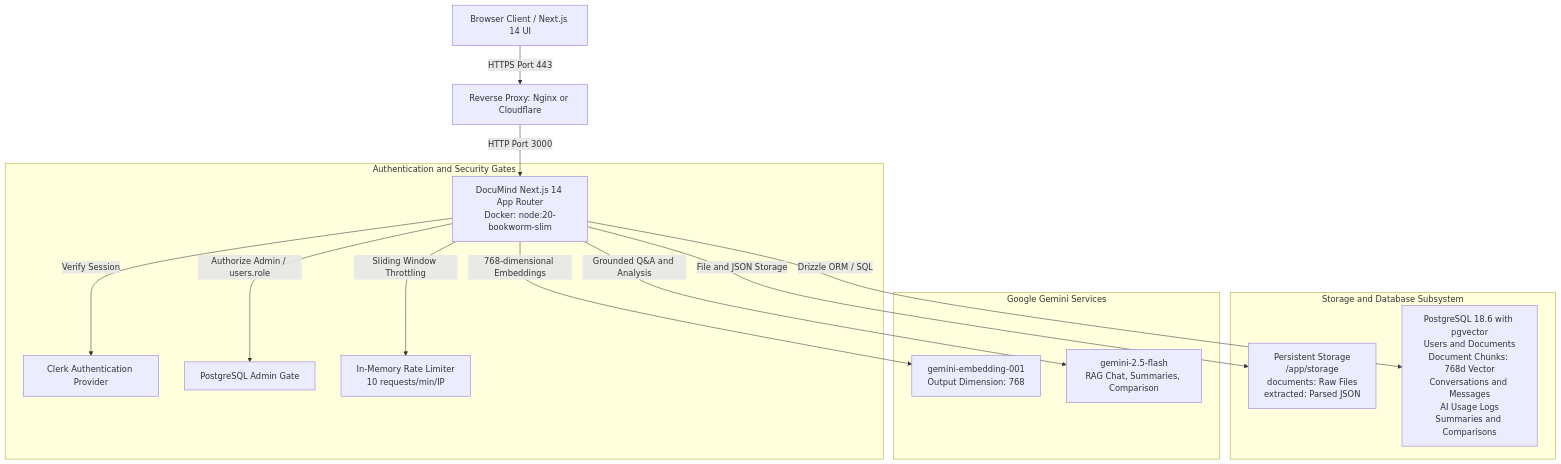
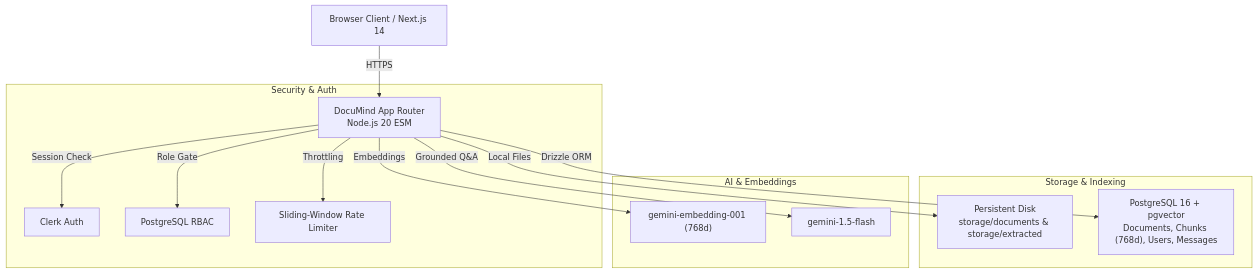
The diagram in README.md (shadow190202/DocuMind), drawn with Mermaid before and after one commit. The commit also changed other lines of this file and 41 other files, not shown here.

Commit message:
chore: commit remaining AI, schema, script updates, and missing tabs

````diff
--- a/README.md
+++ b/README.md
@@ -22,21 +30,20 @@
 ```mermaid
 flowchart TD
-    Client["Browser Client / Next.js 14 UI"] -->|"HTTPS Port 443"| Proxy["Reverse Proxy: Nginx or Cloudflare"]
-    Proxy -->|"HTTP Port 3000"| App["DocuMind Next.js 14 App Router<br/>Docker: node:20-bookworm-slim"]
+    Client["Browser Client / Next.js 14"] -->|"HTTPS"| App["DocuMind App Router<br/>Node.js 20 ESM"]
 
-    subgraph AuthGate["Authentication and Security Gates"]
-        App -->|"Verify Session"| Clerk["Clerk Authentication Provider"]
-        App -->|"Authorize Admin / users.role"| PGLock["PostgreSQL Admin Gate"]
-        App -->|"Sliding Window Throttling"| Limiter["In-Memory Rate Limiter<br/>10 requests/min/IP"]
+    subgraph SecurityLayer["Security & Auth"]
+        App -->|"Session Check"| Clerk["Clerk Auth"]
+        App -->|"Role Gate"| AdminGate["PostgreSQL RBAC"]
+        App -->|"Throttling"| RateLimiter["Sliding-Window Rate Limiter"]
     end
 
-    subgraph DataStorage["Storage and Database Subsystem"]
-        App -->|"File and JSON Storage"| LocalDisk["Persistent Storage<br/>/app/storage<br/>documents: Raw Files<br/>extracted: Parsed JSON"]
-        App -->|"Drizzle ORM / SQL"| PG["PostgreSQL 18.6 with pgvector<br/>Users and Documents<br/>Document Chunks: 768d Vector<br/>Conversations and Messages<br/>AI Usage Logs<br/>Summaries and Comparisons"]
+    subgraph DataStorage["Storage & Indexing"]
+        App -->|"Local Files"| Storage["Persistent Disk<br/>storage/documents & storage/extracted"]
+        App -->|"Drizzle ORM"| DB["PostgreSQL 16 + pgvector<br/>Documents, Chunks (768d), Users, Messages"]
     end
 
-    subgraph AIProcessing["Google Gemini Services"]
-        App -->|"768-dimensional Embeddings"| EmbedAPI["gemini-embedding-001<br/>Output Dimension: 768"]
-        App -->|"Grounded Q&A and Analysis"| ChatAPI["gemini-2.5-flash<br/>RAG Chat, Summaries, Comparison"]
+    subgraph AIService["AI & Embeddings"]
+        App -->|"Embeddings"| GeminiEmbed["gemini-embedding-001 (768d)"]
+        App -->|"Grounded Q&A"| GeminiChat["gemini-1.5-flash"]
     end
 ```
````
